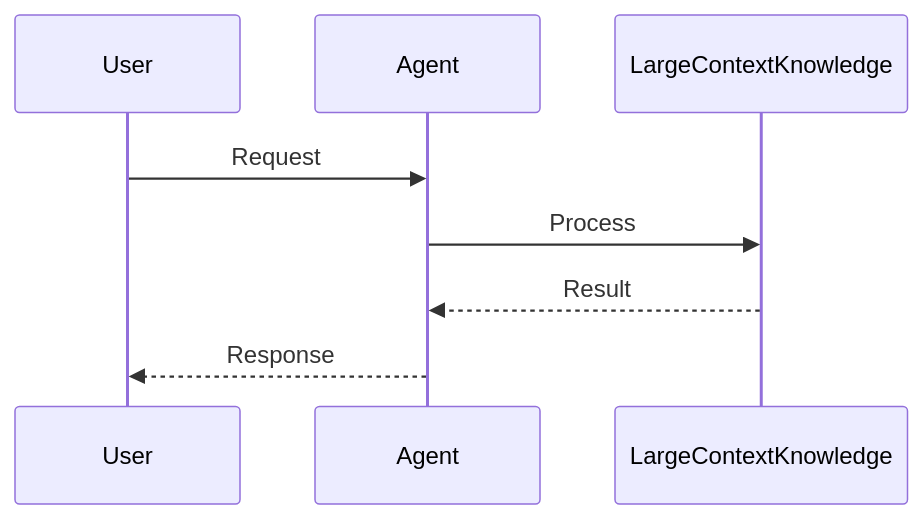
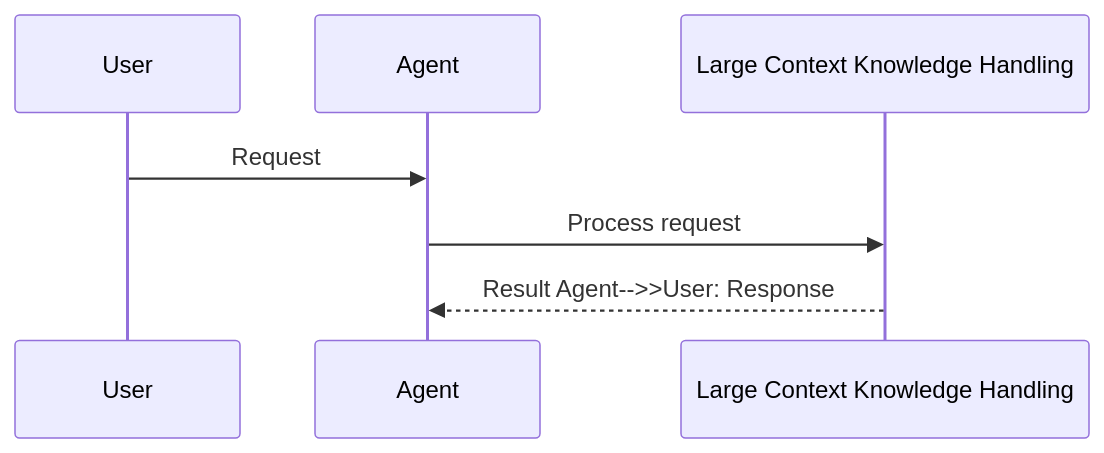
The second of 2 diagrams in docs/features/large-context-overview.mdx (MervinPraison/PraisonAIDocs), drawn with Mermaid before and after one commit. The commit also changed 204 other files, not shown here.

First line of the commit message:
docs: align feature/tool pages with AGENTS.md hero, sequence, and import standards (#1777)

````diff
--- a/docs/features/large-context-overview.mdx
+++ b/docs/features/large-context-overview.mdx
@@ -40,11 +40,10 @@
 ```mermaid
 sequenceDiagram
     participant User
     participant Agent
-    participant LargeContextKnowledge
+    participant Feature as Large Context Knowledge Handling
 
     User->>Agent: Request
-    Agent->>LargeContextKnowledge: Process
-    LargeContextKnowledge-->>Agent: Result
-    Agent-->>User: Response
+    Agent->>Feature: Process request
+    Feature-->>Agent: Result    Agent-->>User: Response
 ```
````
